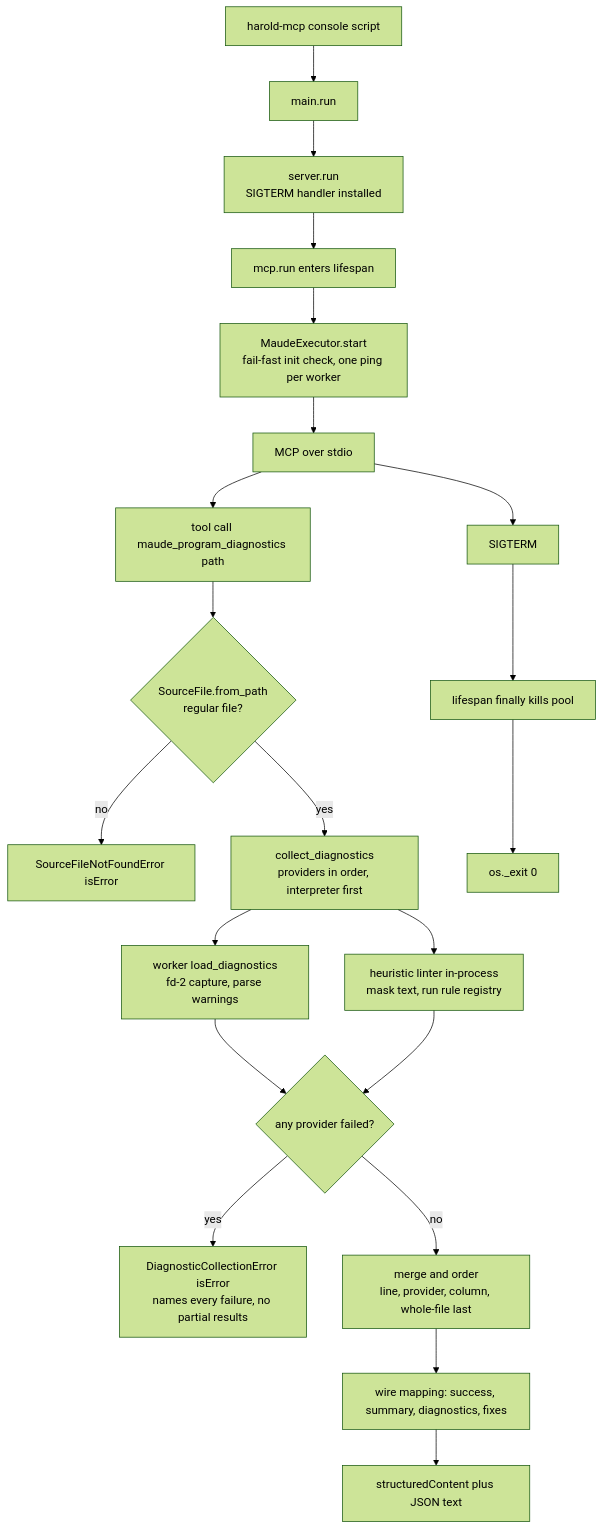
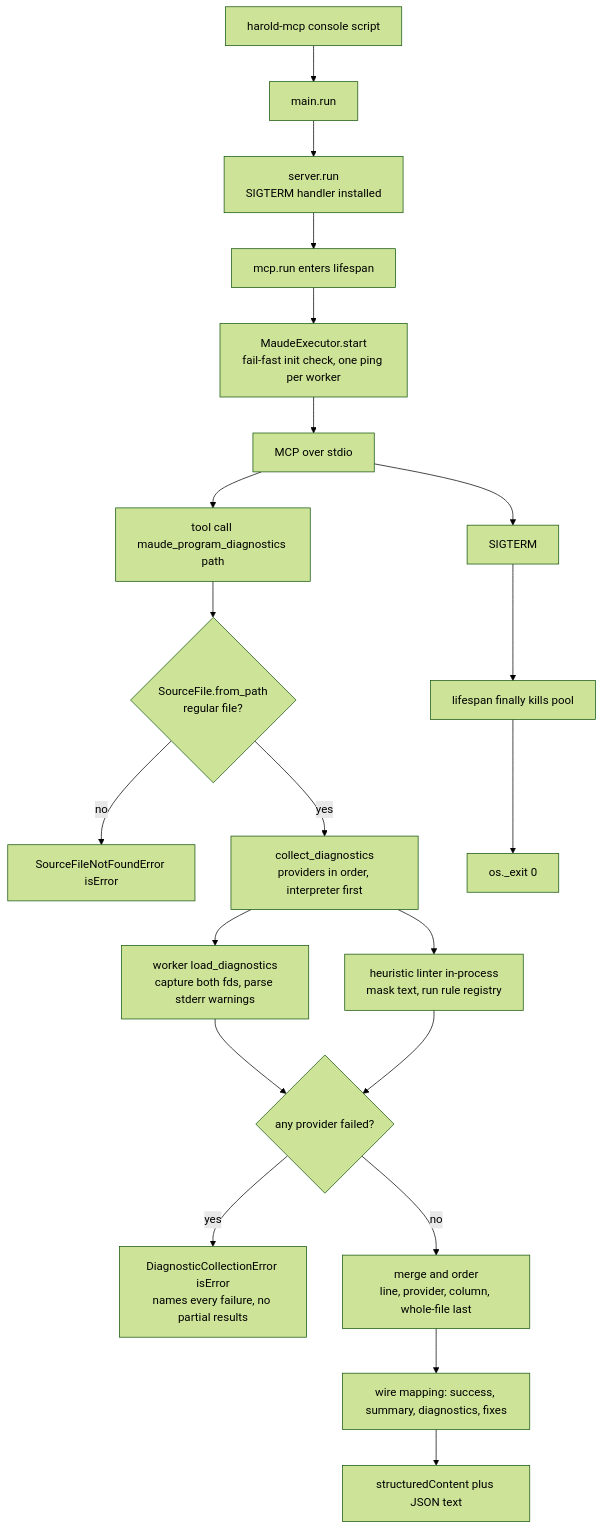
Before and after one commit to demiourgoi/Harold: the first of 3 diagrams in harold-mcp/.agents/summary/workflows.md, drawn with Mermaid (forest theme). The commit also changed other lines of this file and 9 other files, not shown here.

````diff
--- a/harold-mcp/.agents/summary/workflows.md
+++ b/harold-mcp/.agents/summary/workflows.md
@@ -36,23 +38,23 @@
 ```mermaid
 flowchart TD
     A[harold-mcp console script] --> B[main.run]
     B --> C[server.run<br>SIGTERM handler installed]
     C --> D[mcp.run enters lifespan]
     D --> E[MaudeExecutor.start<br>fail-fast init check, one ping per worker]
     E --> F[MCP over stdio]
     F --> G[tool call maude_program_diagnostics path]
     G --> H{SourceFile.from_path<br>regular file?}
     H -->|no| I[SourceFileNotFoundError isError]
     H -->|yes| J[collect_diagnostics<br>providers in order, interpreter first]
-    J --> K[worker load_diagnostics<br>fd-2 capture, parse warnings]
+    J --> K[worker load_diagnostics<br>capture both fds, parse stderr warnings]
     J --> L[heuristic linter in-process<br>mask text, run rule registry]
     K --> M{any provider failed?}
     L --> M
     M -->|yes| N[DiagnosticCollectionError isError<br>names every failure, no partial results]
     M -->|no| O[merge and order<br>line, provider, column, whole-file last]
     O --> P[wire mapping: success, summary, diagnostics, fixes]
     P --> Q[structuredContent plus JSON text]
     F --> R[SIGTERM]
     R --> S[lifespan finally kills pool]
     S --> T[os._exit 0]
 ```
````
